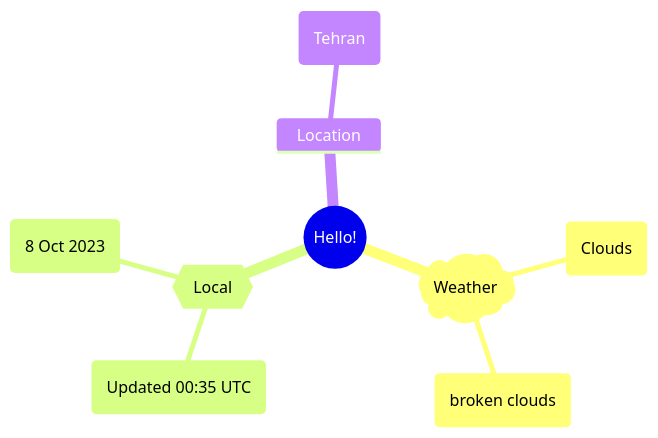
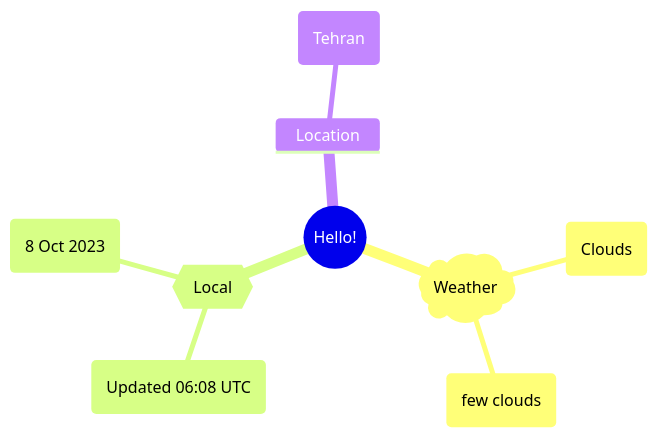
Before and after one commit to Xosrov/Xosrov: the first of 2 diagrams in README.md, drawn with Mermaid.

Commit message:
[bot] updated images

````diff
--- a/README.md
+++ b/README.md
@@ -3,12 +3,12 @@
 ```mermaid
 mindmap
   root((Hello!))
     )Weather(
         (Clouds)
-        (broken clouds)
+        (few clouds)
     {{Local}}
-        (Updated 00:35 UTC)
+        (Updated 06:08 UTC)
         (8 Oct 2023)
     Location
         (Tehran)
 ```
````
